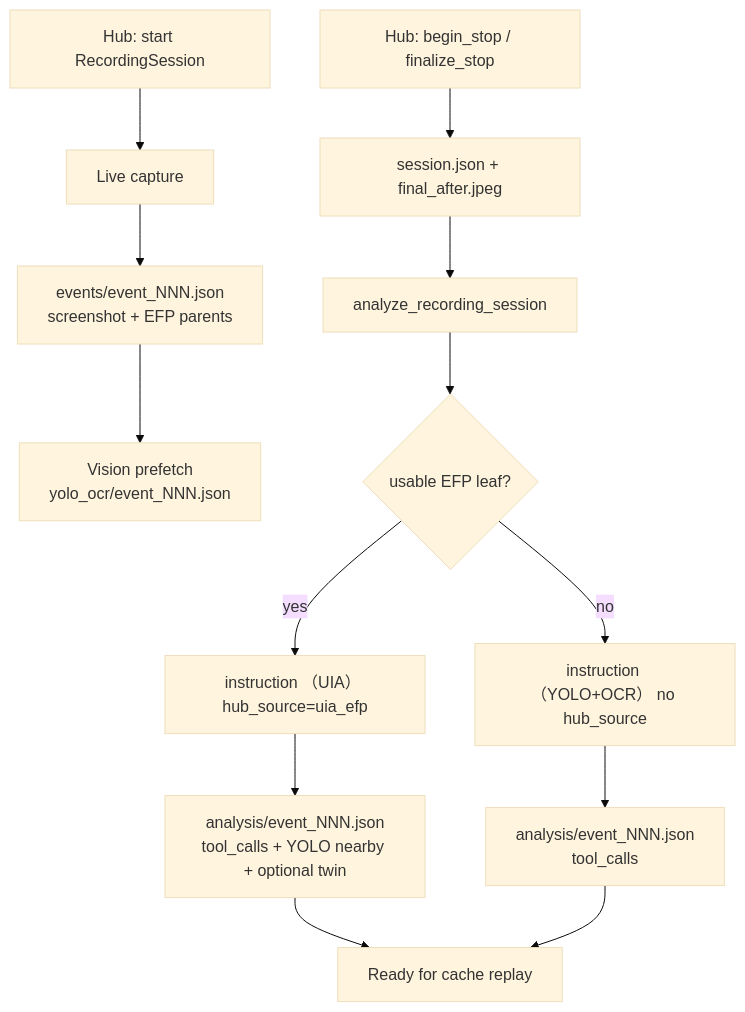
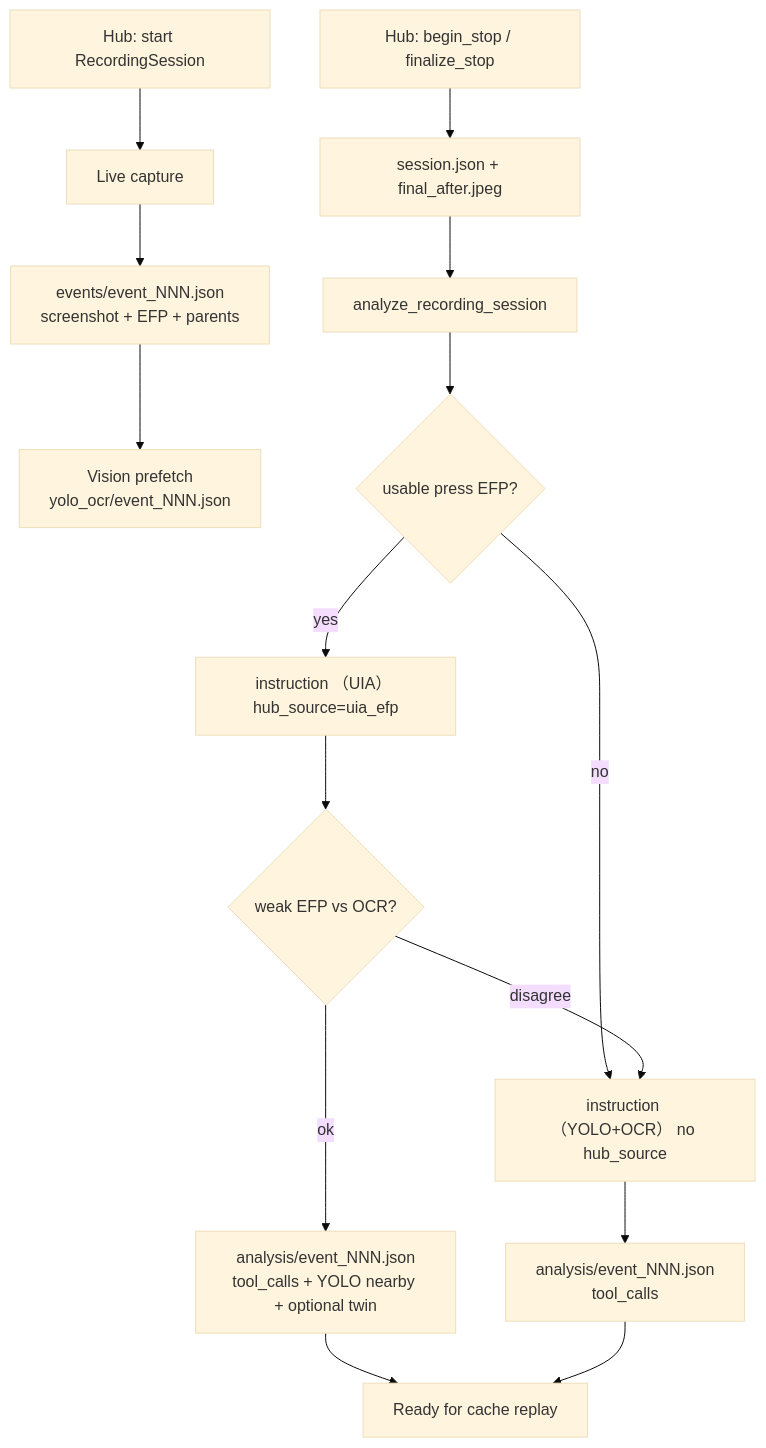
The first of 6 diagrams in docs/recording-flow.md (josephorng/QualityAssuranceAgent), drawn with Mermaid (base theme) before and after one commit. The commit also changed other lines of this file and 7 other files, not shown here.

First line of the commit message:
Skip uniqueness-grow on UIA EFP hubs to fix Excel analysis stalls.

````diff
--- a/docs/recording-flow.md
+++ b/docs/recording-flow.md
@@ -11,15 +11,17 @@
 ```mermaid
 flowchart TD
   A[Hub: start RecordingSession] --> B[Live capture]
-  B --> C[events/event_NNN.json<br/>screenshot + EFP parents]
+  B --> C[events/event_NNN.json<br/>screenshot + EFP + parents]
   C --> D[Vision prefetch<br/>yolo_ocr/event_NNN.json]
   A2[Hub: begin_stop / finalize_stop] --> E[session.json + final_after.jpeg]
   E --> F[analyze_recording_session]
-  F --> G{usable EFP leaf?}
+  F --> G{usable press EFP?}
   G -->|yes| H["instruction （UIA） hub_source=uia_efp"]
   G -->|no| I["instruction （YOLO+OCR） no hub_source"]
-  H --> J[analysis/event_NNN.json<br/>tool_calls + YOLO nearby + optional twin]
+  H --> W{weak EFP vs OCR?}
+  W -->|disagree| I
+  W -->|ok| J[analysis/event_NNN.json<br/>tool_calls + YOLO nearby + optional twin]
   I --> K[analysis/event_NNN.json<br/>tool_calls]
   J --> L[Ready for cache replay]
   K --> L
 ```
````
